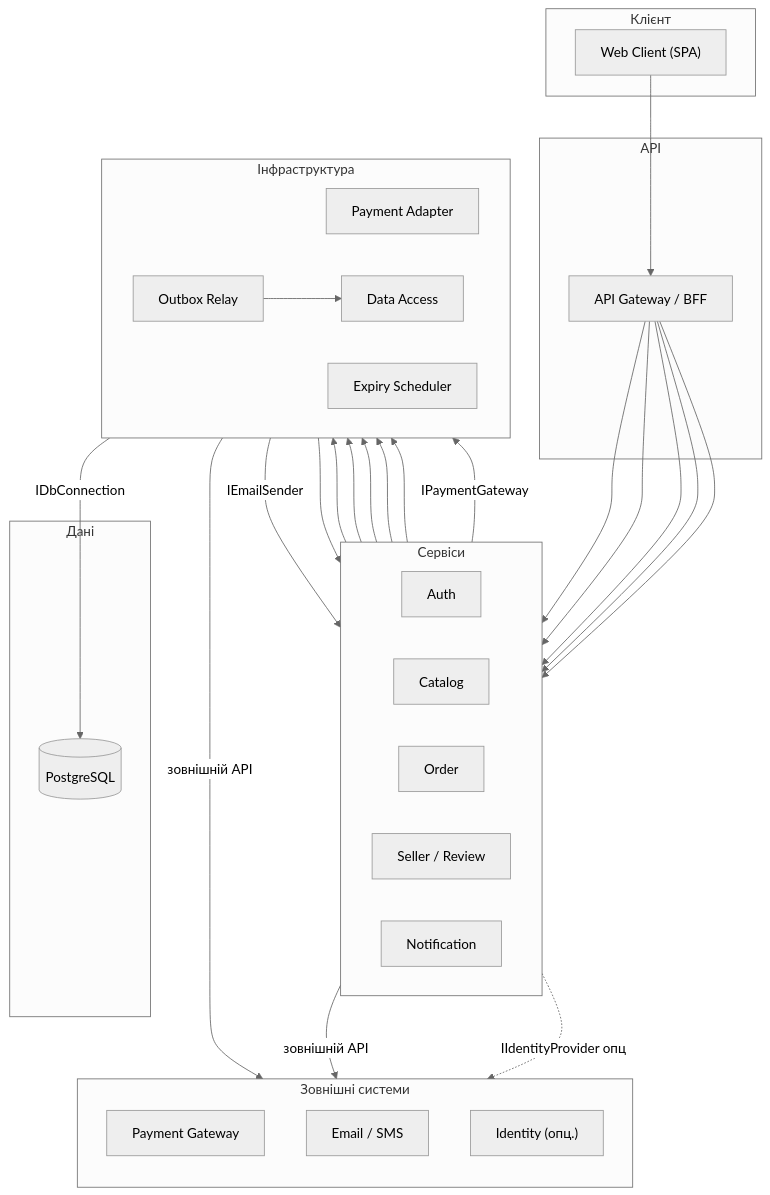
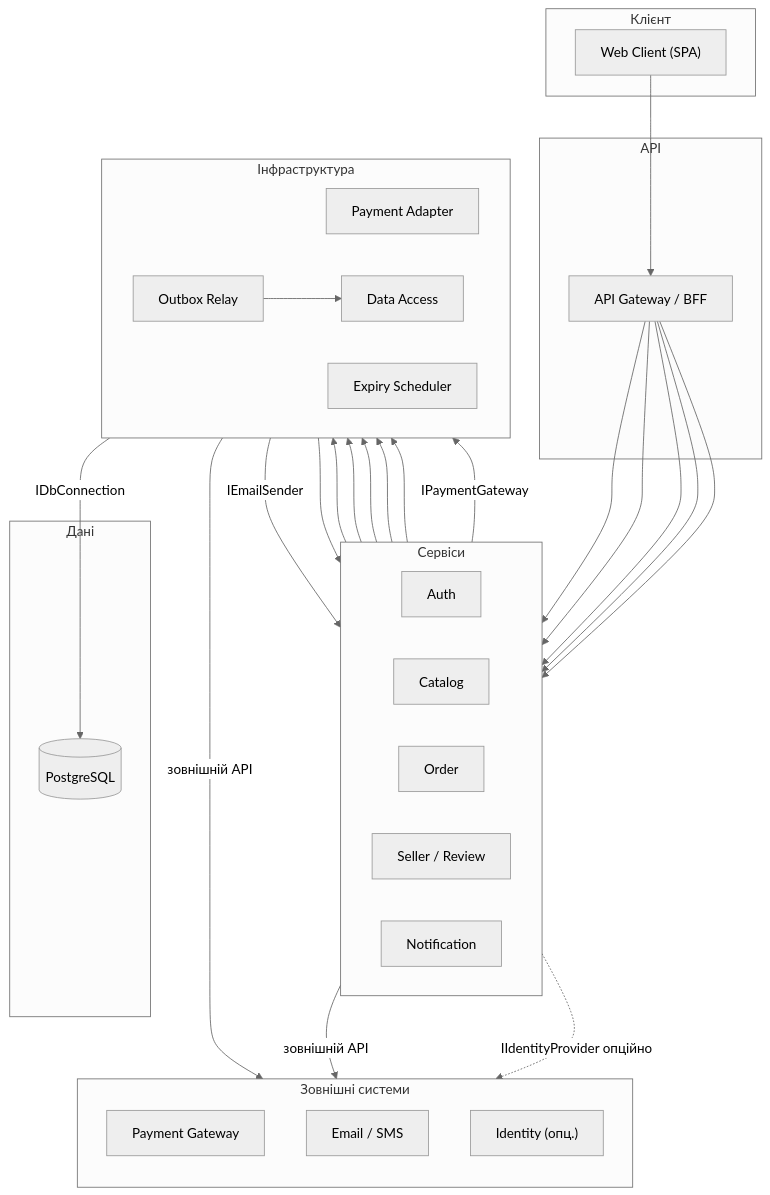
The diagram in task-5/component.md (Stefect/Modeling-and-Analysis-of-Software-Requirements), drawn with Mermaid (neutral theme) before and after one commit.

Commit message:
fix: уточнено label IIdentityProvider (опційно)

````diff
--- a/task-5/component.md
+++ b/task-5/component.md
@@ -9,71 +9,71 @@
 ```mermaid
 %%{init: {'flowchart': {'curve': 'basis'}}}%%
 flowchart TB
     %% --- Клієнт ---
     subgraph Client["Клієнт"]
         WebClient["Web Client (SPA)"]
     end
 
     %% --- API ---
     subgraph API["API"]
         Gateway["API Gateway / BFF"]
     end
 
     %% --- Сервіси ---
     subgraph Services["Сервіси"]
         direction LR
         AuthService["Auth"]
         CatalogService["Catalog"]
         OrderService["Order"]
         SellerReviewService["Seller / Review"]
         NotificationService["Notification"]
     end
 
     %% --- Інфраструктура ---
     subgraph Infra["Інфраструктура"]
         direction LR
         PaymentAdapter["Payment Adapter"]
         OutboxRelay["Outbox Relay"]
         ExpiryScheduler["Expiry Scheduler"]
         DataAccess["Data Access"]
     end
 
     %% --- Дані ---
     subgraph Data["Дані"]
         Database[("PostgreSQL")]
     end
 
     %% --- Зовнішні ---
     subgraph External["Зовнішні системи"]
         direction TB
         PaymentGateway["Payment Gateway"]
         EmailProvider["Email / SMS"]
         IdentityProvider["Identity (опц.)"]
     end
 
     %% --- Зв'язки (основний потік) ---
     WebClient --> Gateway
     Gateway --> AuthService
     Gateway --> CatalogService
     Gateway --> OrderService
     Gateway --> SellerReviewService
     Gateway --> NotificationService
 
     AuthService --> DataAccess
     CatalogService --> DataAccess
     OrderService --> DataAccess
     SellerReviewService --> DataAccess
 
     OrderService --> OutboxRelay
     OutboxRelay --> DataAccess
     OutboxRelay -->|IEmailSender| NotificationService
     ExpiryScheduler --> OrderService
 
     PaymentAdapter -->|зовнішній API| PaymentGateway
     NotificationService -->|зовнішній API| EmailProvider
-    AuthService -.->|IIdentityProvider опц| IdentityProvider
+    AuthService -.->|IIdentityProvider опційно| IdentityProvider
 
     DataAccess -->|IDbConnection| Database
 
     OrderService -->|IPaymentGateway| PaymentAdapter
 ```
````
